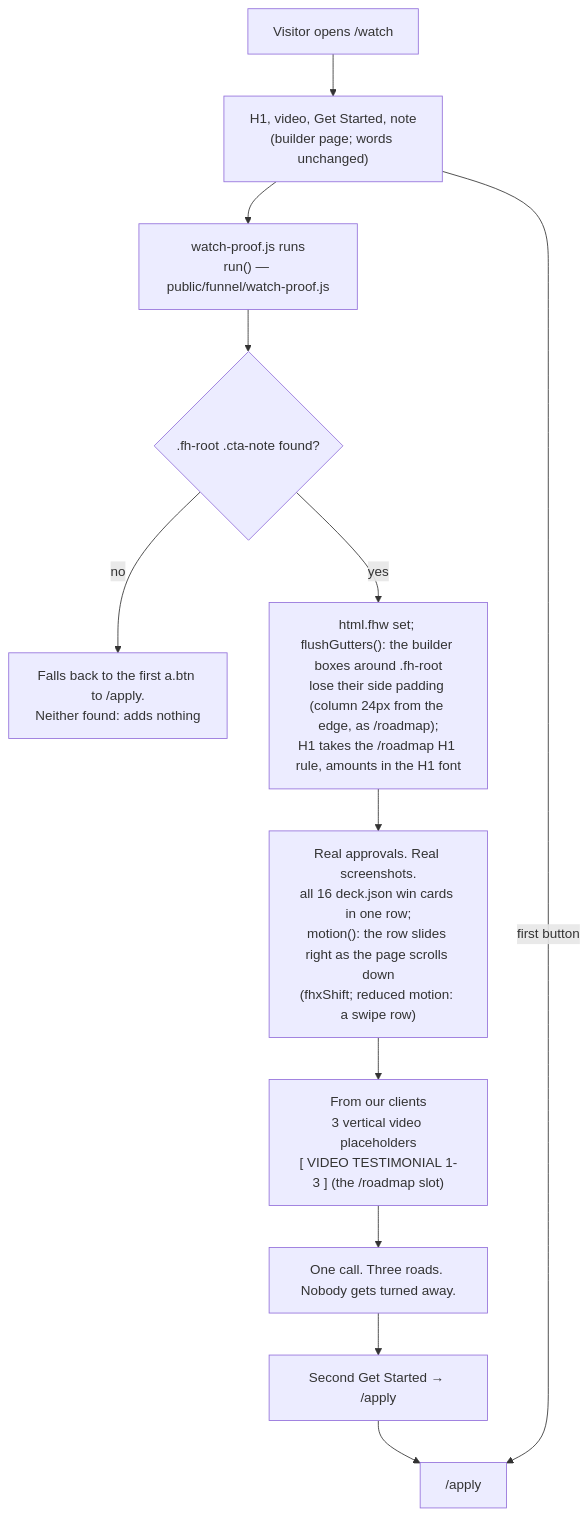
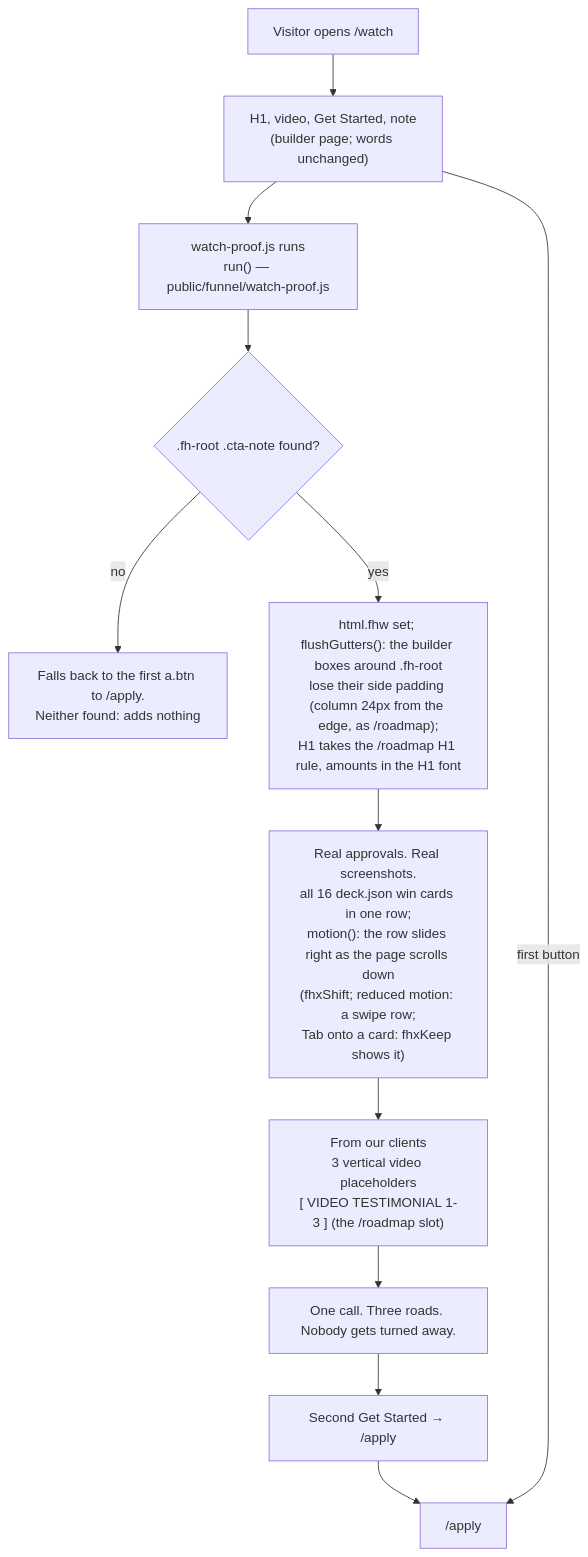
The first of 2 diagrams in docs/journeys/sorting-hat-pages-flow.md (ZootimusMaximusSupreme/Fundhub_ai), drawn with Mermaid before and after one commit. The commit also changed 4 other files, not shown here.

First line of the commit message:
/watch approvals row: Tab key no longer blanks it; a focused card is shown.

````diff
--- a/docs/journeys/sorting-hat-pages-flow.md
+++ b/docs/journeys/sorting-hat-pages-flow.md
@@ -18,14 +18,14 @@
 ```mermaid
 flowchart TD
     A["Visitor opens /watch"] --> B["H1, video, Get Started, note<br/>(builder page; words unchanged)"]
     B --> C["watch-proof.js runs<br/>run() — public/funnel/watch-proof.js"]
     C --> D{".fh-root .cta-note found?"}
     D -->|no| E["Falls back to the first a.btn to /apply.<br/>Neither found: adds nothing"]
     D -->|yes| K["html.fhw set; flushGutters(): the builder boxes around .fh-root<br/>lose their side padding (column 24px from the edge, as /roadmap);<br/>H1 takes the /roadmap H1 rule, amounts in the H1 font"]
-    K --> F["Real approvals. Real screenshots.<br/>all 16 deck.json win cards in one row;<br/>motion(): the row slides right as the page scrolls down<br/>(fhxShift; reduced motion: a swipe row)"]
+    K --> F["Real approvals. Real screenshots.<br/>all 16 deck.json win cards in one row;<br/>motion(): the row slides right as the page scrolls down<br/>(fhxShift; reduced motion: a swipe row;<br/>Tab onto a card: fhxKeep shows it)"]
     F --> G["From our clients<br/>3 vertical video placeholders<br/>[ VIDEO TESTIMONIAL 1-3 ] (the /roadmap slot)"]
     G --> H["One call. Three roads. Nobody gets turned away."]
     H --> I["Second Get Started → /apply"]
     B -->|first button| J["/apply"]
     I --> J
 ```
````
